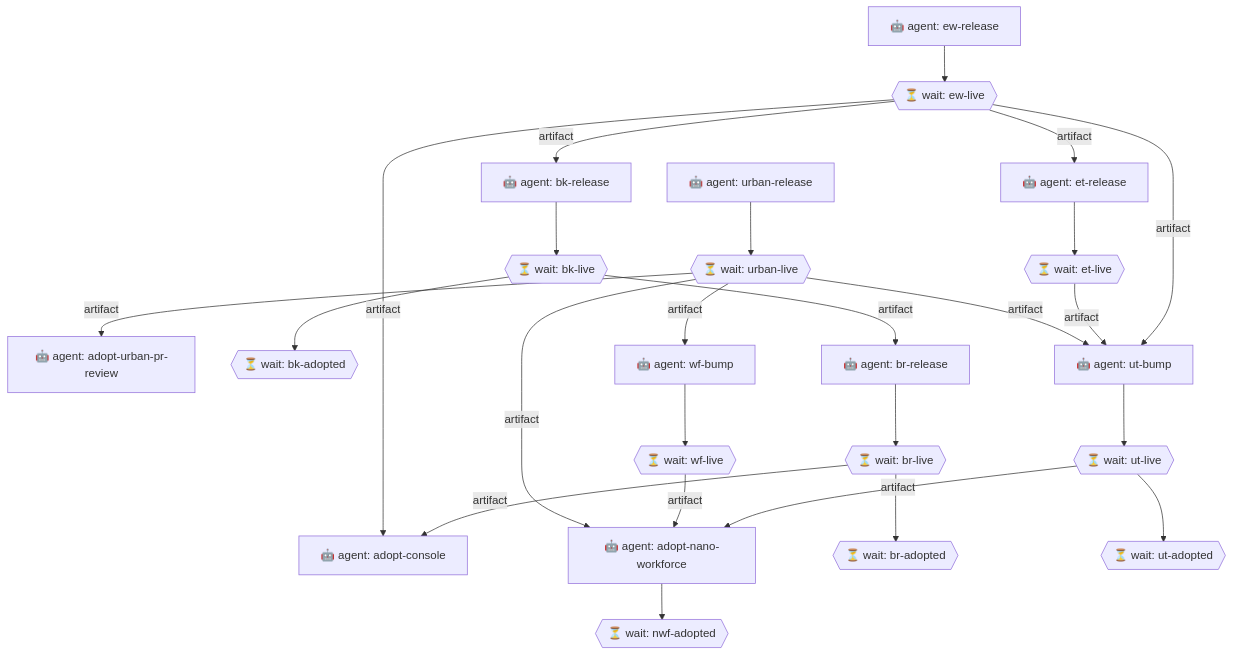
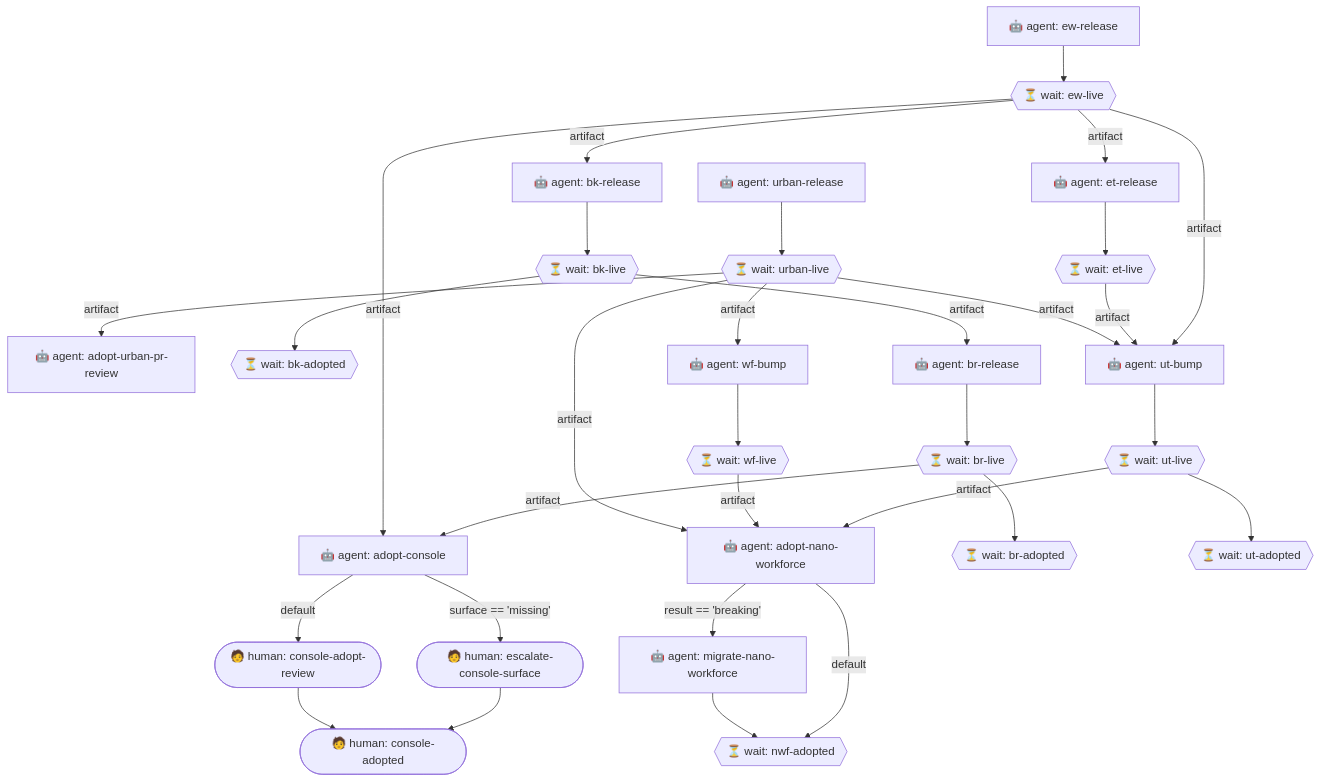
The diagram in docs/graph.mmd (nanobpm/wasm-engine-release-graph), drawn with Mermaid before and after one commit. The commit also changed 2 other files, not shown here.

First paragraph of the commit message:
feat(graph): model Mode-A (breaking-change adopt) + Mode-D (surface extension) with S7 guarded edges
Now that conditional edges landed upstream (nano-workforce#492/#495), re-model the
two failure modes the parallel-only vocabulary could not express (graph#1):

```diff
--- a/docs/graph.mmd
+++ b/docs/graph.mmd
@@ -1,47 +1,57 @@
 flowchart TD
   %% nano ecosystem release delivery graph
   adopt-console["🤖 agent: adopt-console"]
   adopt-nano-workforce["🤖 agent: adopt-nano-workforce"]
   adopt-urban-pr-review["🤖 agent: adopt-urban-pr-review"]
   bk-adopted{{"⏳ wait: bk-adopted"}}
   bk-live{{"⏳ wait: bk-live"}}
   bk-release["🤖 agent: bk-release"]
   br-adopted{{"⏳ wait: br-adopted"}}
   br-live{{"⏳ wait: br-live"}}
   br-release["🤖 agent: br-release"]
+  console-adopt-review(["🧑 human: console-adopt-review"])
+  console-adopted(["🧑 human: console-adopted"])
+  escalate-console-surface(["🧑 human: escalate-console-surface"])
   et-live{{"⏳ wait: et-live"}}
   et-release["🤖 agent: et-release"]
   ew-live{{"⏳ wait: ew-live"}}
   ew-release["🤖 agent: ew-release"]
+  migrate-nano-workforce["🤖 agent: migrate-nano-workforce"]
   nwf-adopted{{"⏳ wait: nwf-adopted"}}
   urban-live{{"⏳ wait: urban-live"}}
   urban-release["🤖 agent: urban-release"]
   ut-adopted{{"⏳ wait: ut-adopted"}}
   ut-bump["🤖 agent: ut-bump"]
   ut-live{{"⏳ wait: ut-live"}}
   wf-bump["🤖 agent: wf-bump"]
   wf-live{{"⏳ wait: wf-live"}}
   ew-release --> ew-live
   ew-live -- "artifact" --> et-release
   et-release --> et-live
   ew-live -- "artifact" --> bk-release
   bk-release --> bk-live
   bk-live -- "artifact" --> br-release
   br-release --> br-live
   urban-release --> urban-live
   urban-live -- "artifact" --> wf-bump
   wf-bump --> wf-live
   ew-live -- "artifact" --> ut-bump
   et-live -- "artifact" --> ut-bump
   urban-live -- "artifact" --> ut-bump
   ut-bump --> ut-live
   br-live -- "artifact" --> adopt-console
   ew-live -- "artifact" --> adopt-console
+  adopt-console -- "surface == 'missing'" --> escalate-console-surface
+  adopt-console -- "default" --> console-adopt-review
+  escalate-console-surface --> console-adopted
+  console-adopt-review --> console-adopted
   ut-live -- "artifact" --> adopt-nano-workforce
   wf-live -- "artifact" --> adopt-nano-workforce
   urban-live -- "artifact" --> adopt-nano-workforce
   bk-live --> bk-adopted
   br-live --> br-adopted
   ut-live --> ut-adopted
-  adopt-nano-workforce --> nwf-adopted
+  adopt-nano-workforce -- "result == 'breaking'" --> migrate-nano-workforce
+  adopt-nano-workforce -- "default" --> nwf-adopted
+  migrate-nano-workforce --> nwf-adopted
   urban-live -- "artifact" --> adopt-urban-pr-review
```
